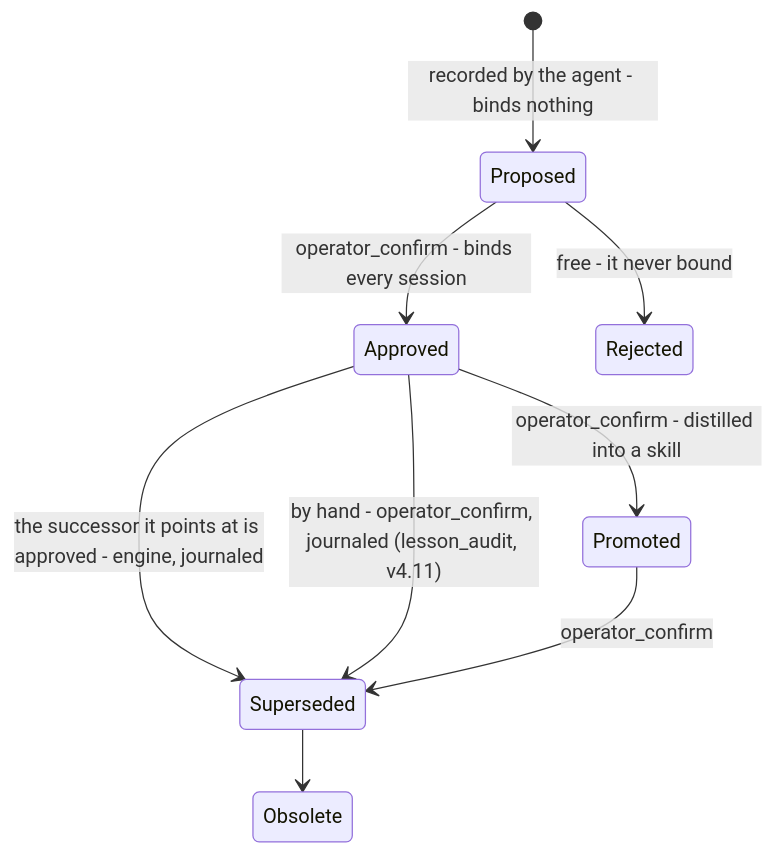
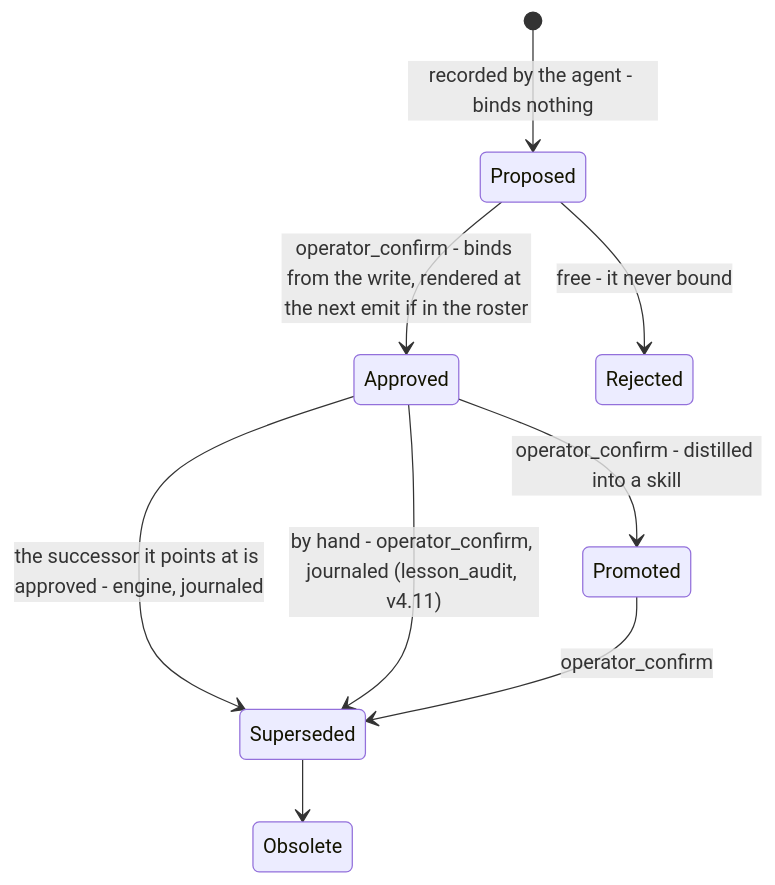
One commit to A-H-911/tamheed changed the ninth of 10 diagrams in docs/entities.md. Above: the diagram before and after it, drawn with Mermaid. The commit also changed other lines of this file and 15 other files, not shown here.

````diff
--- a/docs/entities.md
+++ b/docs/entities.md
@@ -1057,11 +1060,11 @@
 ```mermaid
 stateDiagram-v2
     [*] --> Proposed : recorded by the agent - binds nothing
-    Proposed --> Approved : operator_confirm - binds every session
+    Proposed --> Approved : operator_confirm - binds from the write, rendered at the next emit if in the roster
     Proposed --> Rejected : free - it never bound
     Approved --> Promoted : operator_confirm - distilled into a skill
     Approved --> Superseded : the successor it points at is approved - engine, journaled
     Approved --> Superseded : by hand - operator_confirm, journaled (lesson_audit, v4.11)
     Promoted --> Superseded : operator_confirm
     Superseded --> Obsolete
 ```
````
